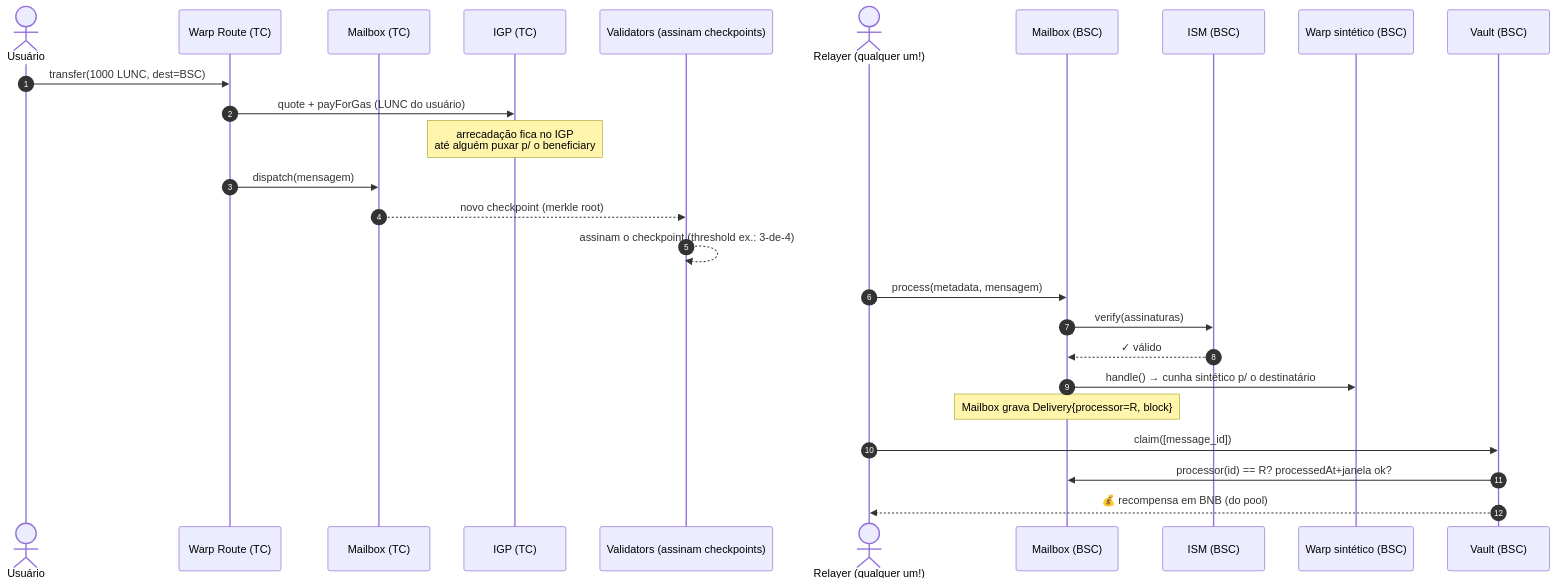
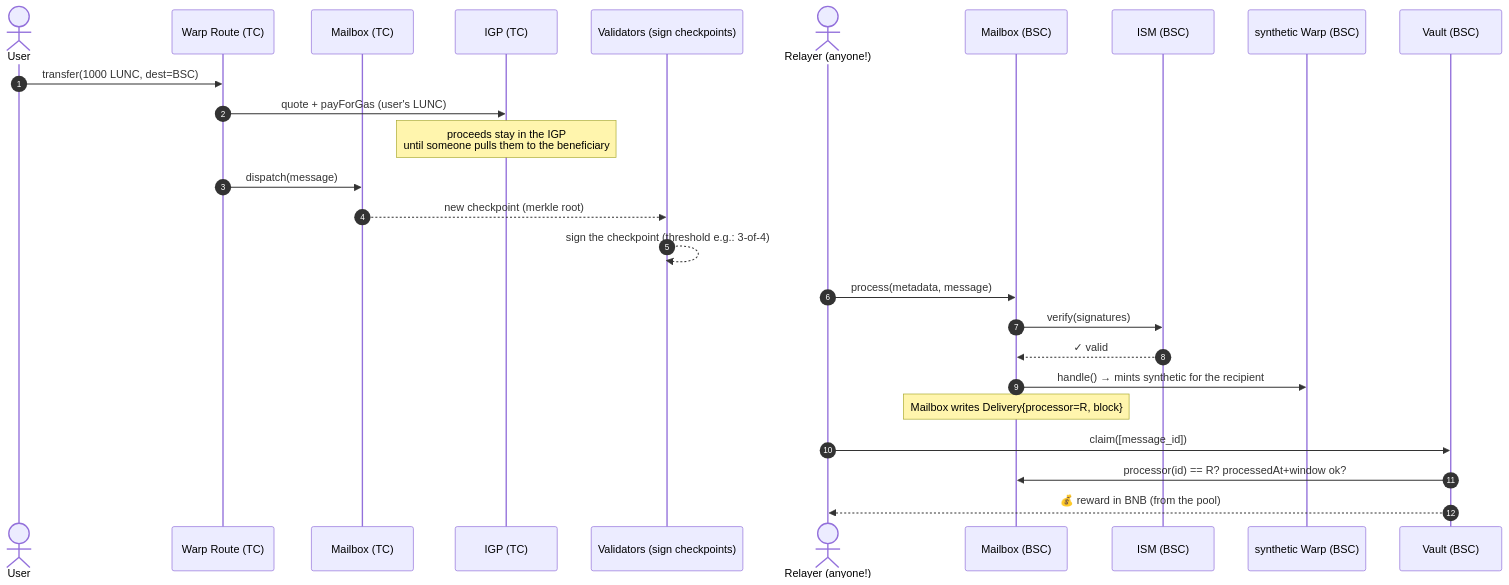
Before and after one commit to terra-classic-hyperlane/proof-of-delivery: the second of 9 diagrams in docs/ARQUITETURA.md, drawn with Mermaid. The commit also changed other lines of this file and 29 other files, not shown here.

````diff
--- a/docs/ARQUITETURA.md
+++ b/docs/ARQUITETURA.md
@@ -65,29 +65,29 @@
 ```mermaid
 sequenceDiagram
     autonumber
-    actor U as Usuário
+    actor U as User
     participant WO as Warp Route (TC)
     participant MO as Mailbox (TC)
     participant IO as IGP (TC)
-    participant V as Validators (assinam checkpoints)
-    actor R as Relayer (qualquer um!)
+    participant V as Validators (sign checkpoints)
+    actor R as Relayer (anyone!)
     participant MD as Mailbox (BSC)
     participant ISM as ISM (BSC)
-    participant WD as Warp sintético (BSC)
+    participant WD as synthetic Warp (BSC)
     participant VD as Vault (BSC)
 
     U->>WO: transfer(1000 LUNC, dest=BSC)
-    WO->>IO: quote + payForGas (LUNC do usuário)
-    Note over IO: arrecadação fica no IGP<br/>até alguém puxar p/ o beneficiary
-    WO->>MO: dispatch(mensagem)
-    MO-->>V: novo checkpoint (merkle root)
-    V-->>V: assinam o checkpoint (threshold ex.: 3-de-4)
-    R->>MD: process(metadata, mensagem)
-    MD->>ISM: verify(assinaturas)
-    ISM-->>MD: ✓ válido
-    MD->>WD: handle() → cunha sintético p/ o destinatário
-    Note over MD: Mailbox grava Delivery{processor=R, block}
+    WO->>IO: quote + payForGas (user's LUNC)
+    Note over IO: proceeds stay in the IGP<br/>until someone pulls them to the beneficiary
+    WO->>MO: dispatch(message)
+    MO-->>V: new checkpoint (merkle root)
+    V-->>V: sign the checkpoint (threshold e.g.: 3-of-4)
+    R->>MD: process(metadata, message)
+    MD->>ISM: verify(signatures)
+    ISM-->>MD: ✓ valid
+    MD->>WD: handle() → mints synthetic for the recipient
+    Note over MD: Mailbox writes Delivery{processor=R, block}
     R->>VD: claim([message_id])
-    VD->>MD: processor(id) == R? processedAt+janela ok?
-    VD-->>R: 💰 recompensa em BNB (do pool)
+    VD->>MD: processor(id) == R? processedAt+window ok?
+    VD-->>R: 💰 reward in BNB (from the pool)
 ```
````
